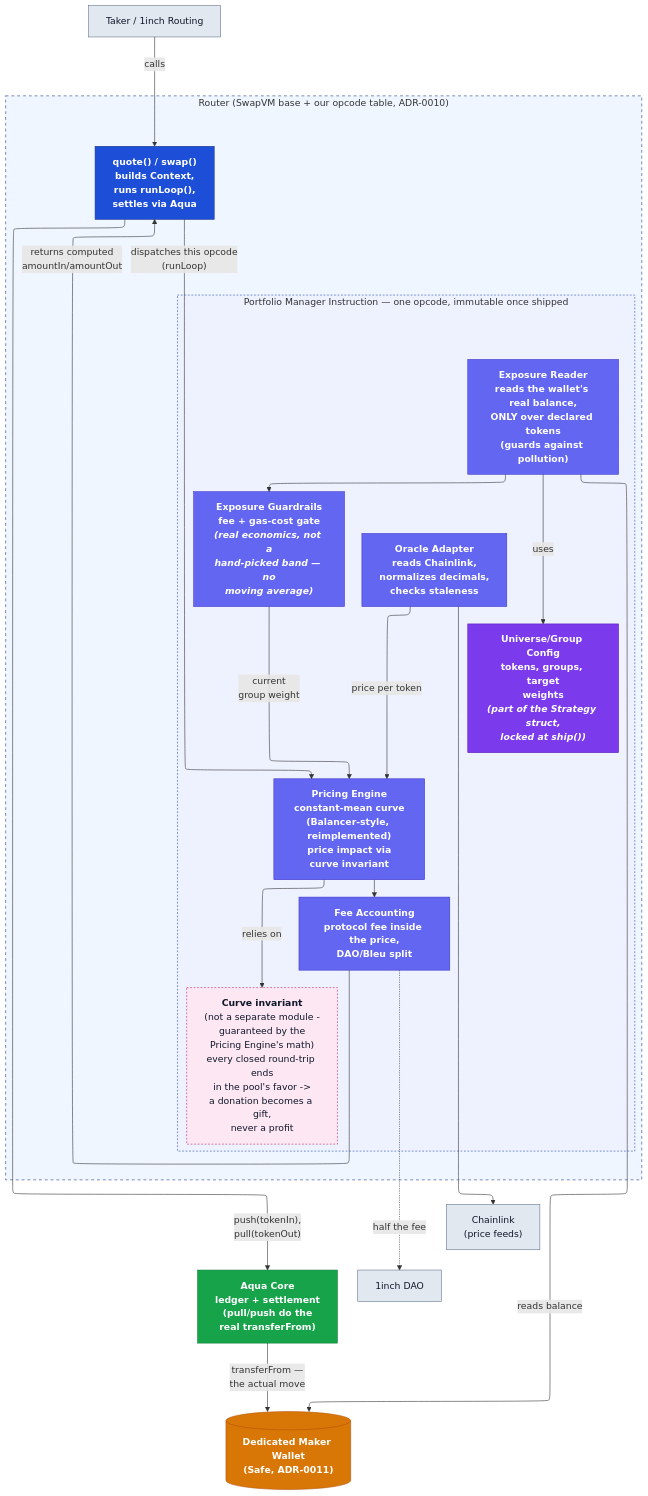
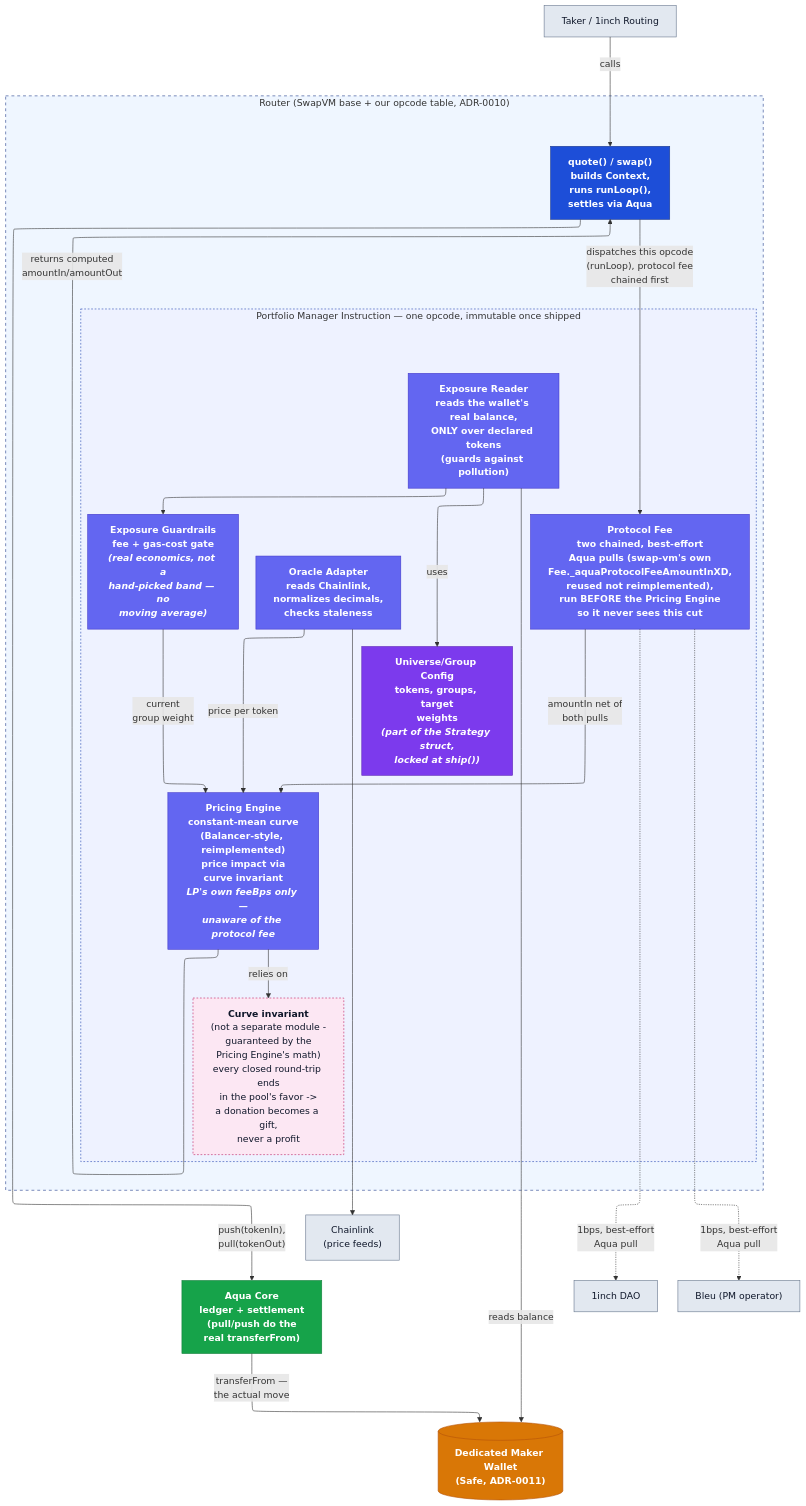
Before and after one commit to bleu/aqua-portfolio-manager: the second of 2 diagrams in docs/ARCHITECTURE.md, drawn with Mermaid. The commit also changed other lines of this file and 11 other files, not shown here.

First line of the commit message:
Implement protocol fee collection (BLEUDEV-327) and reflect it in the simulation

````diff
--- a/docs/ARCHITECTURE.md
+++ b/docs/ARCHITECTURE.md
@@ -104,64 +106,66 @@
 ```mermaid
 %%{init: {"flowchart": {"defaultRenderer": "elk"}} }%%
 flowchart TD
     Taker["Taker / 1inch Routing"]
     Aqua["<b>Aqua Core</b><br/>ledger + settlement<br/>(pull/push do the<br/>real transferFrom)"]
     Wallet[("Dedicated Maker Wallet<br/>(Safe, ADR-0011)")]
     Chainlink["Chainlink<br/>(price feeds)"]
 
     subgraph RouterBox["Router (SwapVM base + our opcode table, ADR-0010)"]
         Entrypoints["<b>quote() / swap()</b><br/>builds Context,<br/>runs runLoop(),<br/>settles via Aqua"]
 
         subgraph Strategy["Portfolio Manager Instruction — one opcode, immutable once shipped"]
             Config["<b>Universe/Group Config</b><br/>tokens, groups, target<br/>weights<br/><i>(part of the Strategy struct,<br/>locked at ship())</i>"]
 
             ExposureReader["<b>Exposure Reader</b><br/>reads the wallet's real balance,<br/>ONLY over declared tokens<br/>(guards against pollution)"]
 
             Smoothing["<b>Exposure Guardrails</b><br/>fee + gas-cost gate<br/><i>(real economics, not a<br/>hand-picked band — no<br/>moving average)</i>"]
 
             OracleAdapter["<b>Oracle Adapter</b><br/>reads Chainlink,<br/>normalizes decimals,<br/>checks staleness"]
 
-            PricingEngine["<b>Pricing Engine</b><br/>constant-mean curve<br/>(Balancer-style, reimplemented)<br/>price impact via<br/>curve invariant"]
+            PricingEngine["<b>Pricing Engine</b><br/>constant-mean curve<br/>(Balancer-style, reimplemented)<br/>price impact via<br/>curve invariant<br/><i>LP's own feeBps only —<br/>unaware of the protocol fee</i>"]
 
-            FeeAccounting["<b>Fee Accounting</b><br/>protocol fee inside the price,<br/>DAO/Bleu split"]
+            ProtocolFee["<b>Protocol Fee</b><br/>two chained, best-effort<br/>Aqua pulls (swap-vm's own<br/>Fee._aquaProtocolFeeAmountInXD,<br/>reused not reimplemented),<br/>run BEFORE the Pricing Engine<br/>so it never sees this cut"]
 
             Invariant["<b>Curve invariant</b><br/>(not a separate module -<br/>guaranteed by the<br/>Pricing Engine's math)<br/>every closed round-trip ends<br/>in the pool's favor -><br/>a donation becomes a gift,<br/>never a profit"]
         end
     end
 
     DAO["1inch DAO"]
+    Bleu["Bleu (PM operator)"]
 
     Taker -->|"calls"| Entrypoints
-    Entrypoints -->|"dispatches this opcode<br/>(runLoop)"| PricingEngine
+    Entrypoints -->|"dispatches this opcode<br/>(runLoop), protocol fee<br/>chained first"| ProtocolFee
+    ProtocolFee -->|"amountIn net of<br/>both pulls"| PricingEngine
     ExposureReader -->|"reads balance"| Wallet
     ExposureReader -->|"uses"| Config
     ExposureReader --> Smoothing
     Smoothing -->|"current<br/>group weight"| PricingEngine
     OracleAdapter --> Chainlink
     OracleAdapter -->|"price per token"| PricingEngine
     PricingEngine -->|"relies on"| Invariant
-    PricingEngine --> FeeAccounting
-    FeeAccounting -->|"returns computed<br/>amountIn/amountOut"| Entrypoints
+    PricingEngine -->|"returns computed<br/>amountIn/amountOut"| Entrypoints
     Entrypoints -->|"push(tokenIn),<br/>pull(tokenOut)"| Aqua
     Aqua -->|"transferFrom —<br/>the actual move"| Wallet
-    FeeAccounting -.->|"half the fee"| DAO
+    ProtocolFee -.->|"1bps, best-effort<br/>Aqua pull"| DAO
+    ProtocolFee -.->|"1bps, best-effort<br/>Aqua pull"| Bleu
 
     classDef aqua fill:#16a34a,stroke:#15803d,color:#ffffff,font-weight:bold
     classDef wallet fill:#d97706,stroke:#b45309,color:#ffffff,font-weight:bold
     classDef external fill:#e2e8f0,stroke:#64748b,color:#0f172a
     classDef config fill:#7c3aed,stroke:#5b21b6,color:#ffffff,font-weight:bold
     classDef logic fill:#6366f1,stroke:#4338ca,color:#ffffff,font-weight:bold
     classDef invariant fill:#fce7f3,stroke:#be185d,color:#0f172a,stroke-dasharray: 3 3
     classDef router fill:#1d4ed8,stroke:#1e3a8a,color:#ffffff,font-weight:bold
 
     class Aqua aqua
     class Wallet wallet
-    class Chainlink,DAO,Taker external
+    class Chainlink,DAO,Bleu,Taker external
     class Config config
-    class ExposureReader,Smoothing,OracleAdapter,PricingEngine,FeeAccounting logic
+    class ExposureReader,Smoothing,OracleAdapter,PricingEngine,ProtocolFee logic
     class Invariant invariant
     class Entrypoints router
 
     style RouterBox fill:#eff6ff,stroke:#1e3a8a,stroke-dasharray: 5 5
     style Strategy fill:#eef2ff,stroke:#1e40af,stroke-dasharray: 3 3
 ```
````
